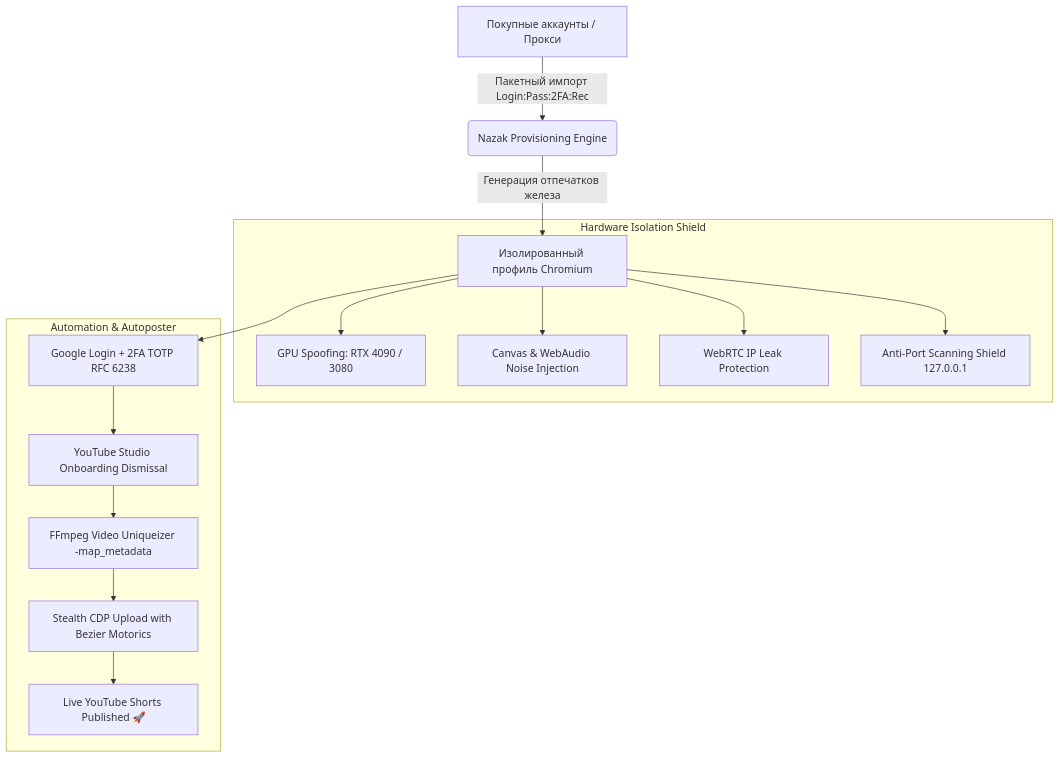
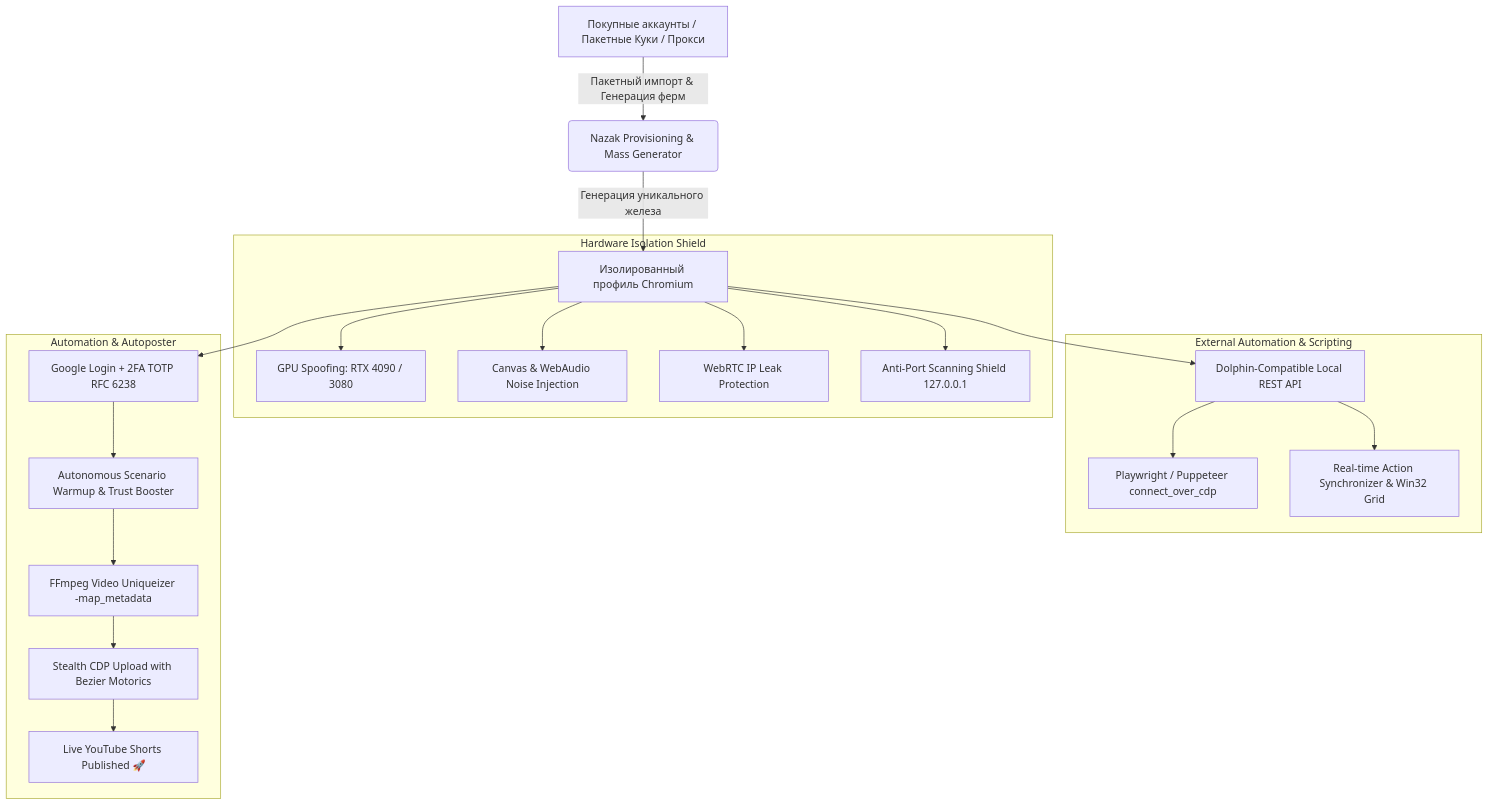
One commit to wwewtech/nazak-browser-studio changed the diagram in README.md. Above: the diagram before and after it, drawn with Mermaid. The commit also changed other lines of this file and 5 other files, not shown here.

````diff
--- a/README.md
+++ b/README.md
@@ -48,20 +48,26 @@
 ```mermaid
 flowchart TD
-    A[Покупные аккаунты / Прокси] -->|Пакетный импорт Login:Pass:2FA:Rec| B(Nazak Provisioning Engine)
-    B -->|Генерация отпечатков железа| C[Изолированный профиль Chromium]
+    A[Покупные аккаунты / Пакетные Куки / Прокси] -->|Пакетный импорт & Генерация ферм| B(Nazak Provisioning & Mass Generator)
+    B -->|Генерация уникального железа| C[Изолированный профиль Chromium]
     
     subgraph Hardware Isolation Shield
         C --> D1[GPU Spoofing: RTX 4090 / 3080]
         C --> D2[Canvas & WebAudio Noise Injection]
         C --> D3[WebRTC IP Leak Protection]
         C --> D4[Anti-Port Scanning Shield 127.0.0.1]
     end
+
+    subgraph External Automation & Scripting
+        C --> F1[Dolphin-Compatible Local REST API]
+        F1 --> F2[Playwright / Puppeteer connect_over_cdp]
+        F1 --> F3[Real-time Action Synchronizer & Win32 Grid]
+    end
     
     subgraph Automation & Autoposter
         C --> E1[Google Login + 2FA TOTP RFC 6238]
-        E1 --> E2[YouTube Studio Onboarding Dismissal]
+        E1 --> E2[Autonomous Scenario Warmup & Trust Booster]
         E2 --> E3[FFmpeg Video Uniqueizer -map_metadata]
         E3 --> E4[Stealth CDP Upload with Bezier Motorics]
         E4 --> E5[Live YouTube Shorts Published 🚀]
     end
 ```
````
